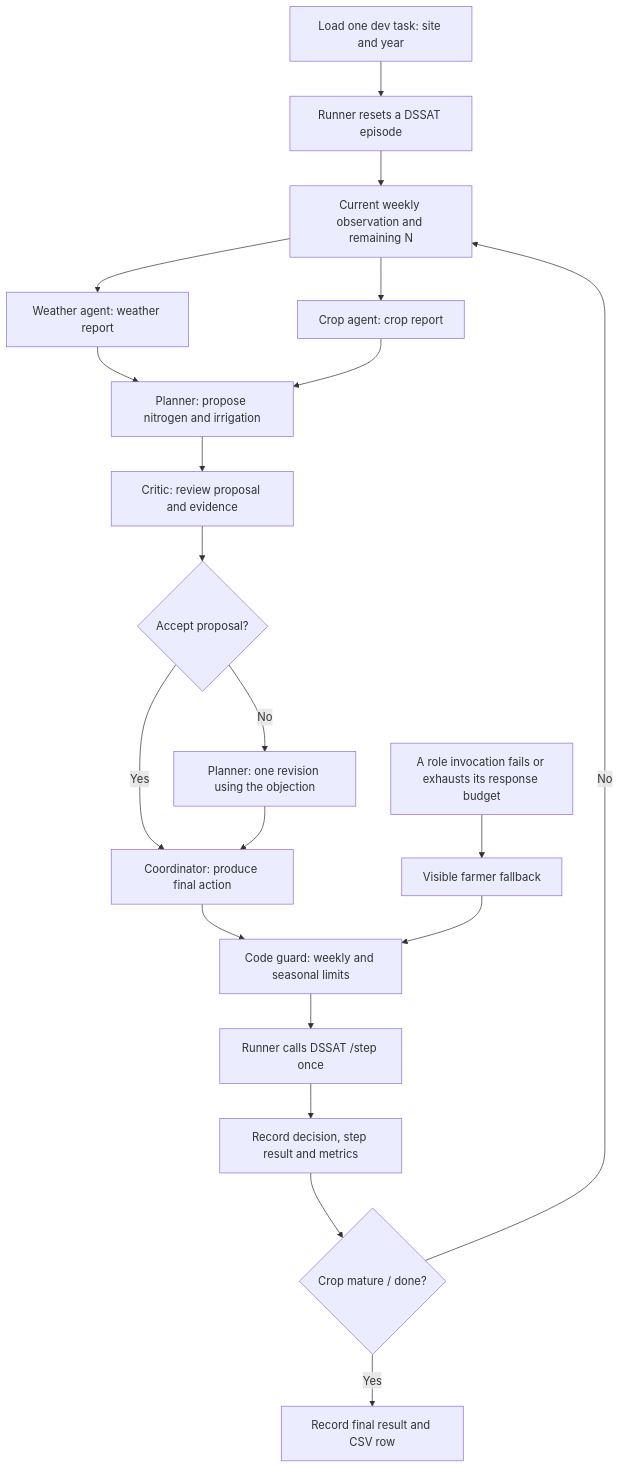
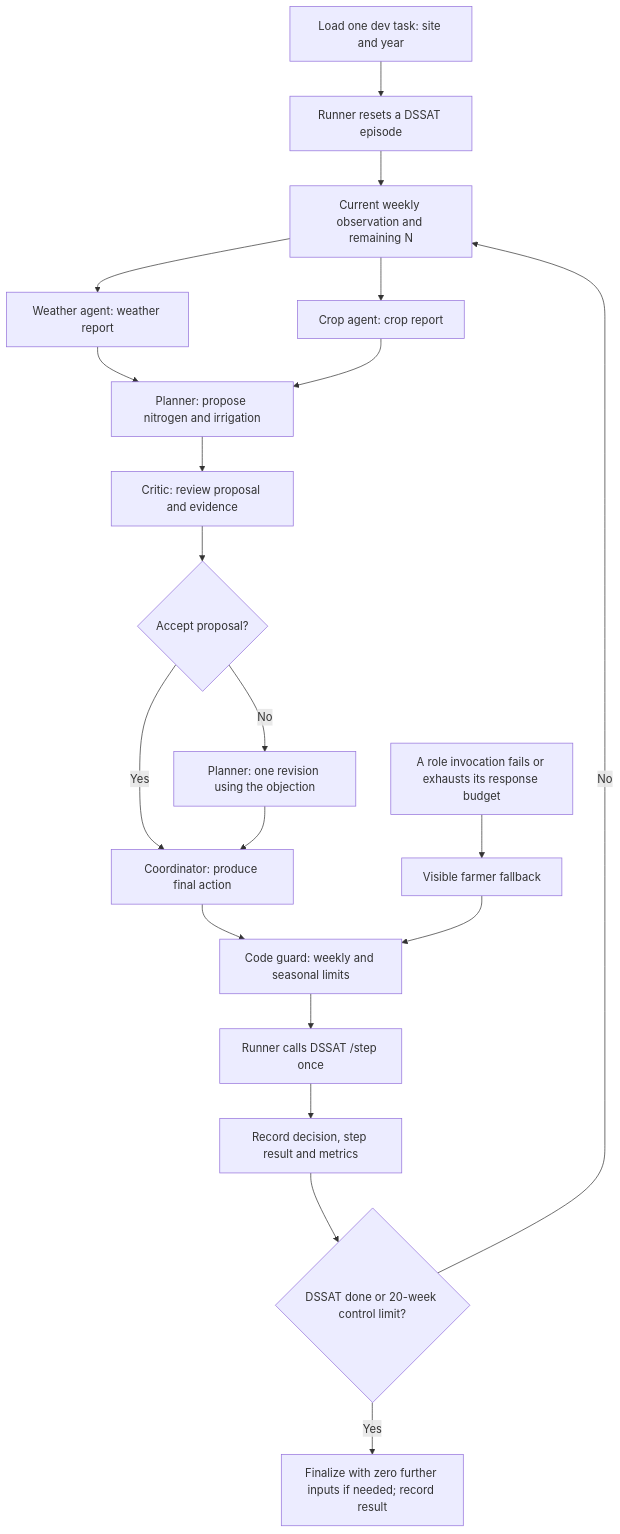
One commit to darshrank/Maize-Runner changed the first of 3 diagrams in ARCHITECTURE.md. Above: the diagram before and after it, drawn with Mermaid. The commit also changed other lines of this file and 4 other files, not shown here.

Commit message:
Review architecture risks against research and audit archived horizon accounting

````diff
--- a/ARCHITECTURE.md
+++ b/ARCHITECTURE.md
@@ -12,22 +14,22 @@
 ```mermaid
 flowchart TD
     START["Load one dev task: site and year"] --> RESET["Runner resets a DSSAT episode"]
     RESET --> OBS["Current weekly observation and remaining N"]
     OBS --> W["Weather agent: weather report"]
     OBS --> C["Crop agent: crop report"]
     W --> P["Planner: propose nitrogen and irrigation"]
     C --> P
     P --> K["Critic: review proposal and evidence"]
     K --> OK{"Accept proposal?"}
     OK -->|Yes| CO["Coordinator: produce final action"]
     OK -->|No| REV["Planner: one revision using the objection"]
     REV --> CO
     CO --> GUARD["Code guard: weekly and seasonal limits"]
     FAIL["A role invocation fails or exhausts its response budget"] --> FB["Visible farmer fallback"]
     FB --> GUARD
     GUARD --> STEP["Runner calls DSSAT /step once"]
     STEP --> LOG["Record decision, step result and metrics"]
-    LOG --> DONE{"Crop mature / done?"}
+    LOG --> DONE{"DSSAT done or 20-week control limit?"}
     DONE -->|No| OBS
-    DONE -->|Yes| FINAL["Record final result and CSV row"]
+    DONE -->|Yes| FINAL["Finalize with zero further inputs if needed; record result"]
 ```
````
